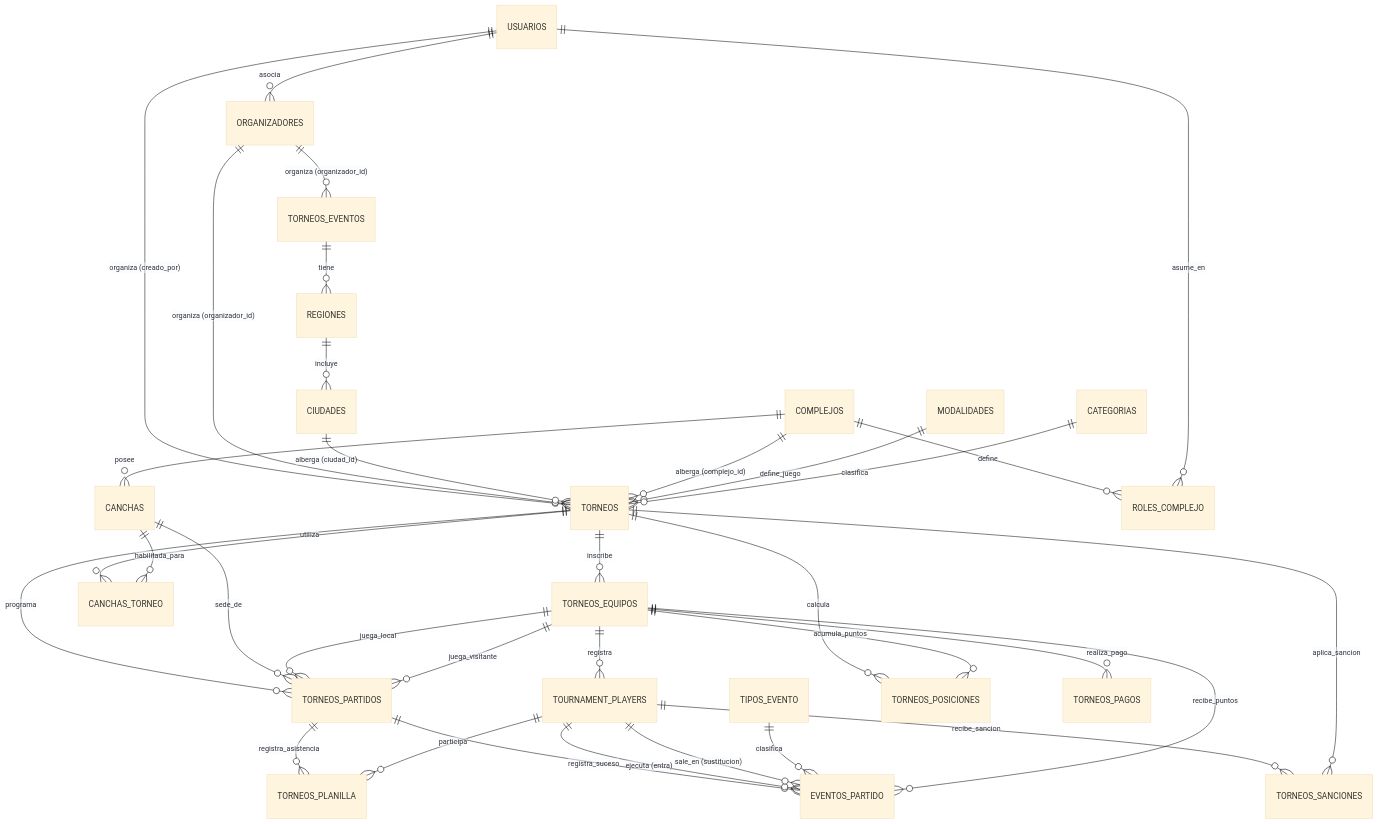
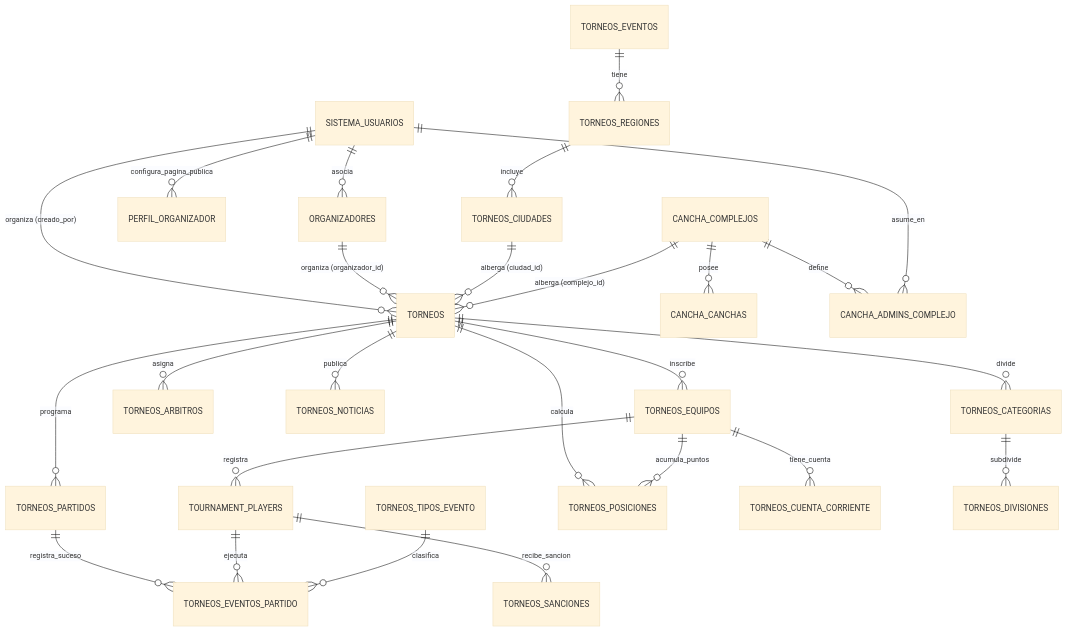
The first of 2 diagrams in MER_TORNEOS_DEPORTIVOS.md (lprafael/sist_base), drawn with Mermaid (base theme) before and after one commit. The commit also changed other lines of this file and 4 other files, not shown here.

````diff
--- a/MER_TORNEOS_DEPORTIVOS.md
+++ b/MER_TORNEOS_DEPORTIVOS.md
@@ -10,36 +22,28 @@
 ```mermaid
 erDiagram
-    USUARIOS ||--o{ TORNEOS : "organiza (creado_por)"
-    USUARIOS ||--o{ ORGANIZADORES : "asocia"
+    SISTEMA_USUARIOS ||--o{ TORNEOS : "organiza (creado_por)"
+    SISTEMA_USUARIOS ||--o{ ORGANIZADORES : "asocia"
+    SISTEMA_USUARIOS ||--o{ PERFIL_ORGANIZADOR : "configura_pagina_publica"
     ORGANIZADORES ||--o{ TORNEOS : "organiza (organizador_id)"
-    ORGANIZADORES ||--o{ TORNEOS_EVENTOS : "organiza (organizador_id)"
-    TORNEOS_EVENTOS ||--o{ REGIONES : "tiene"
-    REGIONES ||--o{ CIUDADES : "incluye"
-    CIUDADES ||--o{ TORNEOS : "alberga (ciudad_id)"
-    COMPLEJOS ||--o{ TORNEOS : "alberga (complejo_id)"
-    COMPLEJOS ||--o{ CANCHAS : "posee"
-    COMPLEJOS ||--o{ ROLES_COMPLEJO : "define"
-    USUARIOS ||--o{ ROLES_COMPLEJO : "asume_en"
-    MODALIDADES ||--o{ TORNEOS : "define_juego"
-    CATEGORIAS ||--o{ TORNEOS : "clasifica"
+    TORNEOS_EVENTOS ||--o{ TORNEOS_REGIONES : "tiene"
+    TORNEOS_REGIONES ||--o{ TORNEOS_CIUDADES : "incluye"
+    TORNEOS_CIUDADES ||--o{ TORNEOS : "alberga (ciudad_id)"
+    CANCHA_COMPLEJOS ||--o{ TORNEOS : "alberga (complejo_id)"
+    CANCHA_COMPLEJOS ||--o{ CANCHA_CANCHAS : "posee"
+    CANCHA_COMPLEJOS ||--o{ CANCHA_ADMINS_COMPLEJO : "define"
+    SISTEMA_USUARIOS ||--o{ CANCHA_ADMINS_COMPLEJO : "asume_en"
     TORNEOS ||--o{ TORNEOS_EQUIPOS : "inscribe"
     TORNEOS_EQUIPOS ||--o{ TOURNAMENT_PLAYERS : "registra"
     TORNEOS ||--o{ TORNEOS_PARTIDOS : "programa"
-    CANCHAS ||--o{ TORNEOS_PARTIDOS : "sede_de"
-    TORNEOS_EQUIPOS ||--o{ TORNEOS_PARTIDOS : "juega_local"
-    TORNEOS_EQUIPOS ||--o{ TORNEOS_PARTIDOS : "juega_visitante"
-    TORNEOS_PARTIDOS ||--o{ TORNEOS_PLANILLA : "registra_asistencia"
-    TOURNAMENT_PLAYERS ||--o{ TORNEOS_PLANILLA : "participa"
-    TORNEOS_PARTIDOS ||--o{ EVENTOS_PARTIDO : "registra_suceso"
-    TOURNAMENT_PLAYERS ||--o{ EVENTOS_PARTIDO : "ejecuta (entra)"
-    TOURNAMENT_PLAYERS ||--o{ EVENTOS_PARTIDO : "sale_en (sustitucion)"
-    TIPOS_EVENTO ||--o{ EVENTOS_PARTIDO : "clasifica"
-    TORNEOS_EQUIPOS ||--o{ EVENTOS_PARTIDO : "recibe_puntos"
+    TORNEOS_PARTIDOS ||--o{ TORNEOS_EVENTOS_PARTIDO : "registra_suceso"
+    TOURNAMENT_PLAYERS ||--o{ TORNEOS_EVENTOS_PARTIDO : "ejecuta"
+    TORNEOS_TIPOS_EVENTO ||--o{ TORNEOS_EVENTOS_PARTIDO : "clasifica"
     TORNEOS ||--o{ TORNEOS_POSICIONES : "calcula"
     TORNEOS_EQUIPOS ||--o{ TORNEOS_POSICIONES : "acumula_puntos"
-    TORNEOS ||--o{ CANCHAS_TORNEO : "utiliza"
-    CANCHAS ||--o{ CANCHAS_TORNEO : "habilitada_para"
     TOURNAMENT_PLAYERS ||--o{ TORNEOS_SANCIONES : "recibe_sancion"
-    TORNEOS ||--o{ TORNEOS_SANCIONES : "aplica_sancion"
-    TORNEOS_EQUIPOS ||--o{ TORNEOS_PAGOS : "realiza_pago"
+    TORNEOS_EQUIPOS ||--o{ TORNEOS_CUENTA_CORRIENTE : "tiene_cuenta"
+    TORNEOS ||--o{ TORNEOS_ARBITROS : "asigna"
+    TORNEOS ||--o{ TORNEOS_NOTICIAS : "publica"
+    TORNEOS ||--o{ TORNEOS_CATEGORIAS : "divide"
+    TORNEOS_CATEGORIAS ||--o{ TORNEOS_DIVISIONES : "subdivide"
 ```
````
